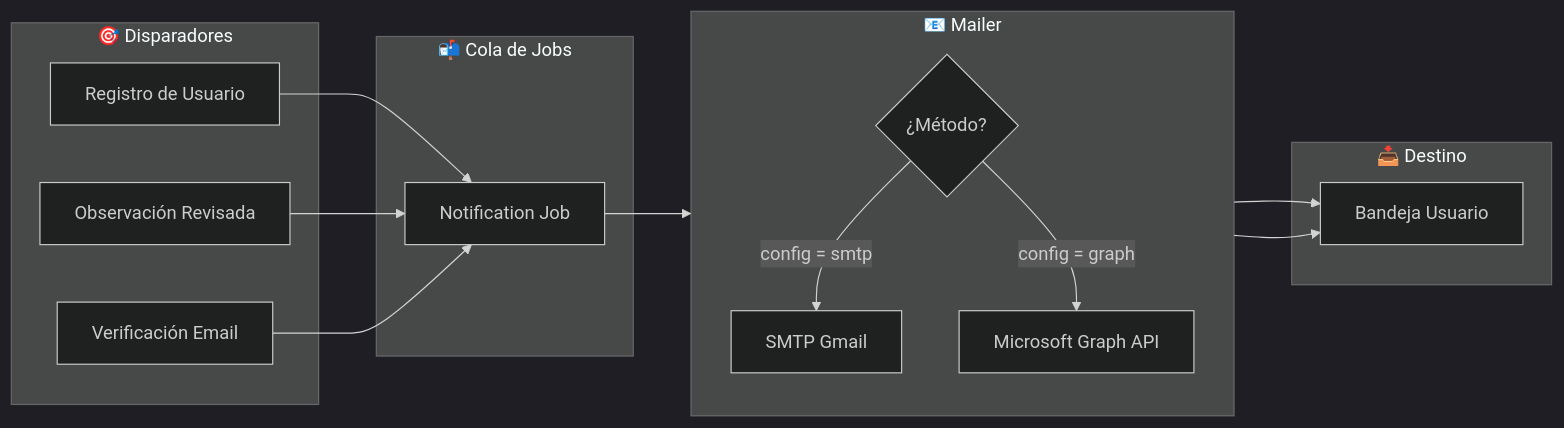
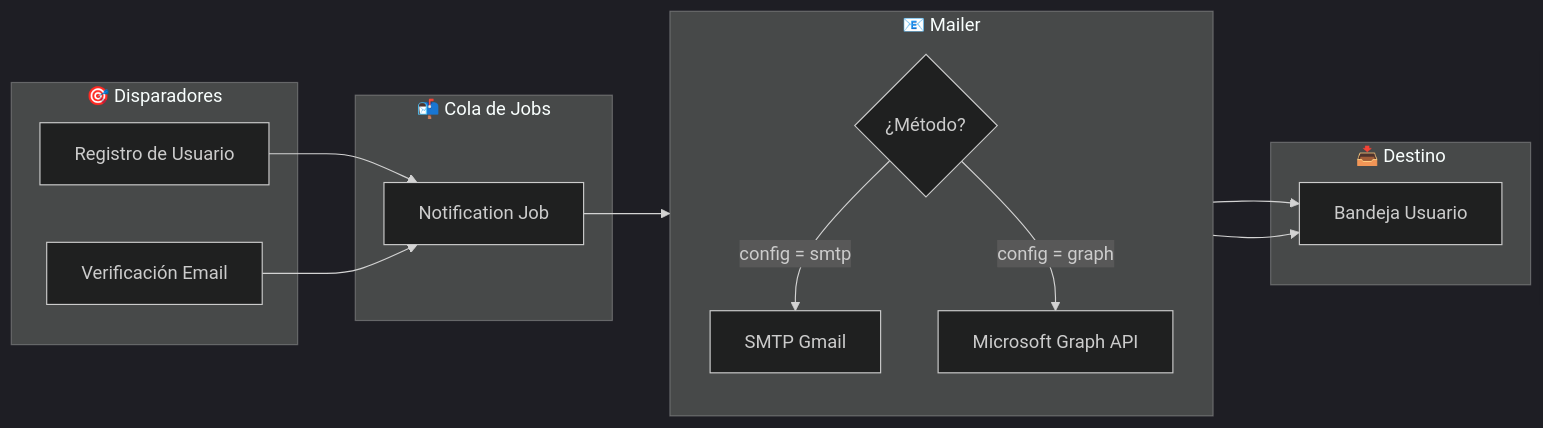
Before and after one commit to ErwinPlaza064/app-safety-observation: the eighth of 9 diagrams in README.md, drawn with Mermaid (dark theme). The commit also changed other lines of this file and 10 other files, not shown here.

````diff
--- a/README.md
+++ b/README.md
@@ -355,30 +355,29 @@
 ```mermaid
 flowchart LR
     subgraph Trigger["🎯 Disparadores"]
         T1["Registro de Usuario"]
-        T2["Observación Revisada"]
-        T3["Verificación Email"]
+        T2["Verificación Email"]
     end
 
     subgraph Queue["📬 Cola de Jobs"]
         Job["Notification Job"]
     end
 
     subgraph Mailer["📧 Mailer"]
         direction TB
         Check{"¿Método?"}
         SMTP["SMTP Gmail"]
         Graph["Microsoft Graph API"]
     end
 
     subgraph Destino["📥 Destino"]
         Email["Bandeja Usuario"]
     end
 
-    T1 & T2 & T3 --> Job
+    T1 & T2 --> Job
     Job --> Check
     Check -->|config = smtp| SMTP
     Check -->|config = graph| Graph
     SMTP --> Email
     Graph --> Email
 ```
````
